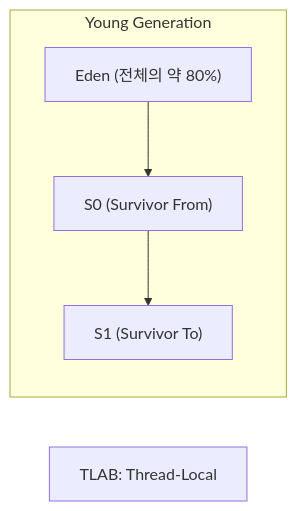
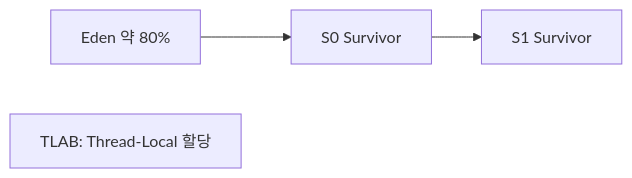
Before and after one commit to yjkim2015/yjkim2015.github.io: the eighth of 29 diagrams in _posts/java/2026-05-01-java-garbage-collector.md, drawn with Mermaid. The commit also changed other lines of this file and 155 other files, not shown here.

First line of the commit message:
Mermaid 전면 수정: subgraph 제거, participant/노드/줄수 축소 (342블록)

````diff
--- a/_posts/java/2026-05-01-java-garbage-collector.md
+++ b/_posts/java/2026-05-01-java-garbage-collector.md
@@ -156,11 +145,6 @@
 ```mermaid
 graph LR
-    subgraph "Young Generation"
-        Eden["Eden (전체의 약 80%)"]
-        S0["S0 (Survivor From)"]
-        S1["S1 (Survivor To)"]
-    end
-    TLAB["TLAB: Thread-Local"]
-    Eden --> S0
-    S0 --> S1
+    Eden["Eden 약 80%"] --> S0["S0 Survivor"]
+    S0 --> S1["S1 Survivor"]
+    TLAB["TLAB: Thread-Local 할당"]
 ```
````
